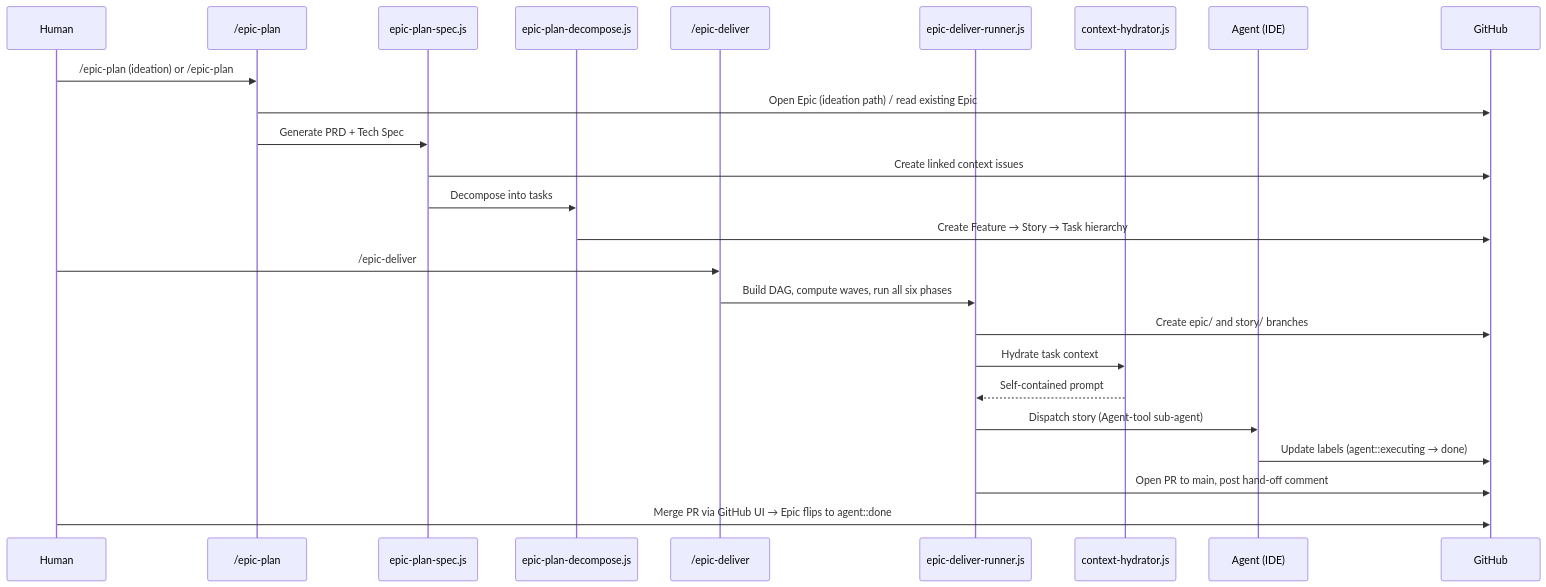
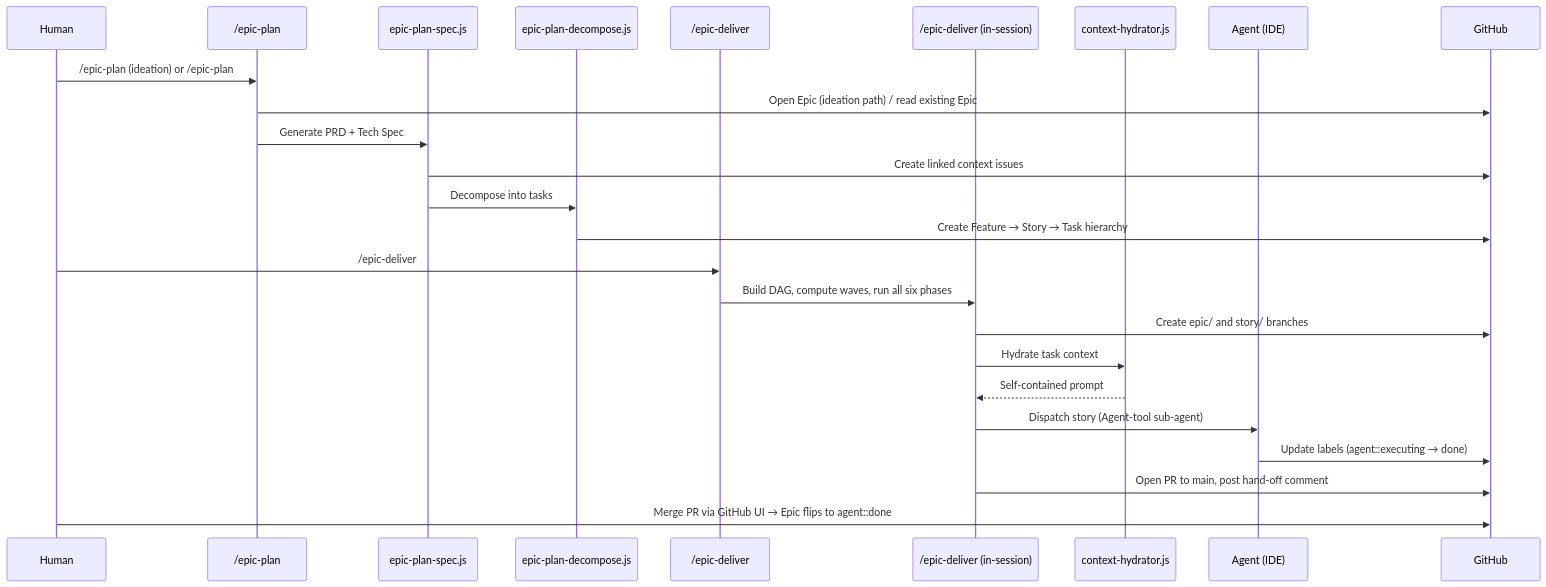
The seventh of 8 diagrams in docs/architecture.md (dsj1984/mandrel), drawn with Mermaid before and after one commit. The commit also changed other lines of this file and 149 other files, not shown here.

First line of the commit message:
Epic #2172: Lifecycle Event Bus for /epic-deliver (#2299)

````diff
--- a/docs/architecture.md
+++ b/docs/architecture.md
@@ -516,29 +514,29 @@
 ```mermaid
 sequenceDiagram
     participant H as Human
     participant P as /epic-plan
     participant EP as epic-plan-spec.js
     participant TD as epic-plan-decompose.js
     participant D as /epic-deliver
-    participant EDR as epic-deliver-runner.js
+    participant EDR as /epic-deliver (in-session)
     participant CH as context-hydrator.js
     participant A as Agent (IDE)
     participant GH as GitHub
 
     H->>P: /epic-plan (ideation) or /epic-plan #EPIC
     P->>GH: Open Epic (ideation path) / read existing Epic
     P->>EP: Generate PRD + Tech Spec
     EP->>GH: Create linked context issues
     EP->>TD: Decompose into tasks
     TD->>GH: Create Feature → Story → Task hierarchy
 
     H->>D: /epic-deliver #EPIC
     D->>EDR: Build DAG, compute waves, run all six phases
     EDR->>GH: Create epic/ and story/ branches
     EDR->>CH: Hydrate task context
     CH-->>EDR: Self-contained prompt
     EDR->>A: Dispatch story (Agent-tool sub-agent)
     A->>GH: Update labels (agent::executing → done)
     EDR->>GH: Open PR to main, post hand-off comment
     H->>GH: Merge PR via GitHub UI → Epic flips to agent::done
 ```
````
